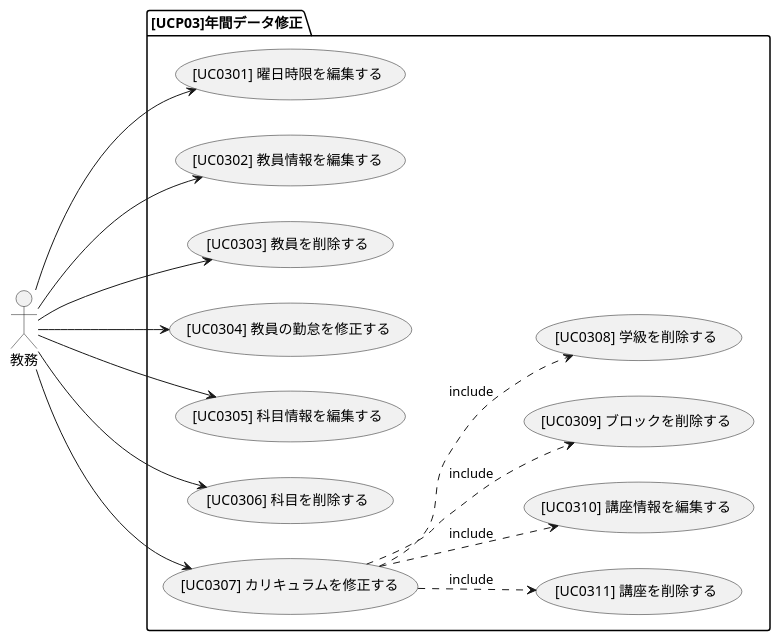
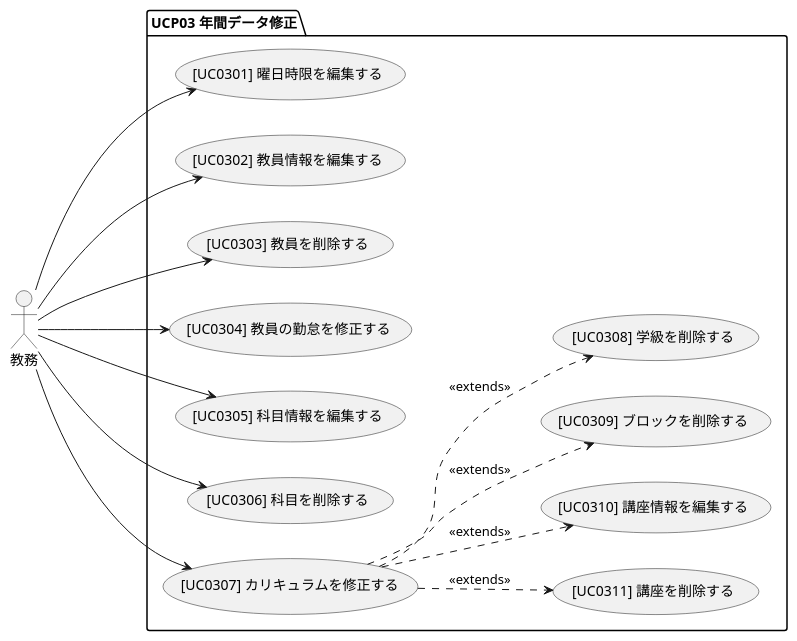
One commit to takayanag-i/working-in-progress changed the diagram in docs/03_システム要件定義/01_ユースケース図/UCP03_年間データ修正.pu. Above: the diagram before and after it, drawn with PlantUML. The commit also changed 3 other files, not shown here.

Commit message:
[FIX] UC図レビュー指摘修正

```diff
--- a/docs/03_システム要件定義/01_ユースケース図/UCP03_年間データ修正.pu
+++ b/docs/03_システム要件定義/01_ユースケース図/UCP03_年間データ修正.pu
@@ -1,21 +1,21 @@
 @startuml usecase diagram
 left to right direction
 
-:教務:
+actor 教務
 
-    package [UCP03]年間データ修正 {
-        教務--->([UC0301] 曜日時限を編集する)
-        教務--->([UC0302] 教員情報を編集する)
-        教務--->([UC0303] 教員を削除する)
-        教務--->([UC0304] 教員の勤怠を修正する)
-        教務--->([UC0305] 科目情報を編集する)
-        教務--->([UC0306] 科目を削除する)
-        教務--->([UC0307] カリキュラムを修正する)
+package "UCP03 年間データ修正" {
+    教務--->([UC0301] 曜日時限を編集する)
+    教務--->([UC0302] 教員情報を編集する)
+    教務--->([UC0303] 教員を削除する)
+    教務--->([UC0304] 教員の勤怠を修正する)
+    教務--->([UC0305] 科目情報を編集する)
+    教務--->([UC0306] 科目を削除する)
+    教務--->([UC0307] カリキュラムを修正する)
 
-        ([UC0307] カリキュラムを修正する) ..> ([UC0311] 講座を削除する) : include
-        ([UC0307] カリキュラムを修正する) ..> ([UC0310] 講座情報を編集する) : include
-        ([UC0307] カリキュラムを修正する) ..> ([UC0309] ブロックを削除する) : include
-        ([UC0307] カリキュラムを修正する) ..> ([UC0308] 学級を削除する) : include 
-    }
+    ([UC0307] カリキュラムを修正する) ..> ([UC0311] 講座を削除する) : <<extends>>
+    ([UC0307] カリキュラムを修正する) ..> ([UC0310] 講座情報を編集する) : <<extends>>
+    ([UC0307] カリキュラムを修正する) ..> ([UC0309] ブロックを削除する) : <<extends>>
+    ([UC0307] カリキュラムを修正する) ..> ([UC0308] 学級を削除する) : <<extends>> 
+}
 
 @enduml
```
